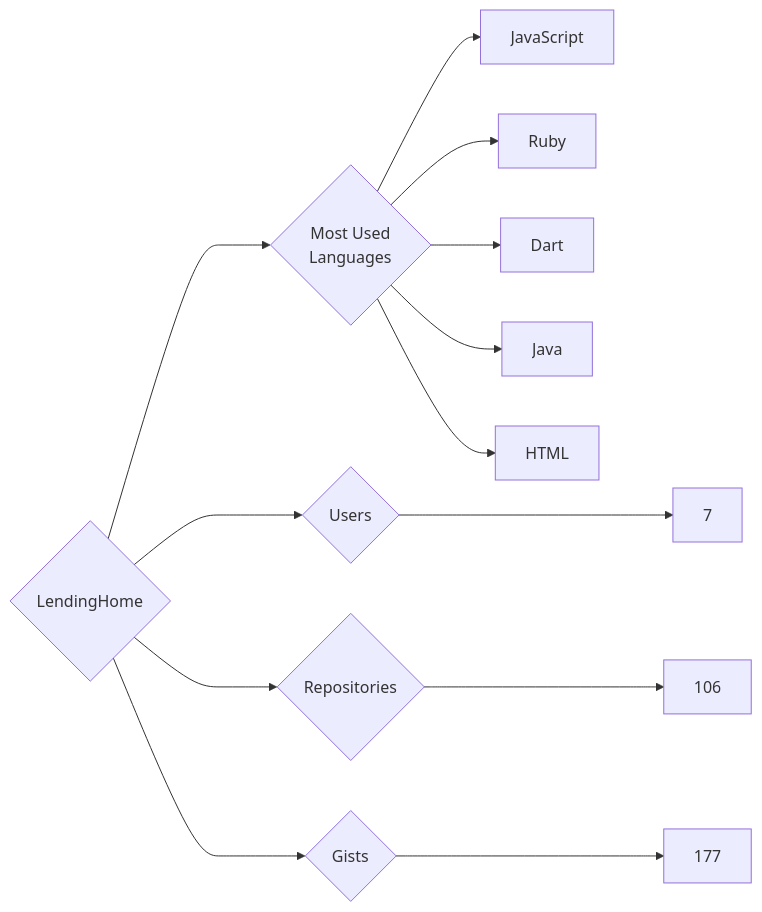
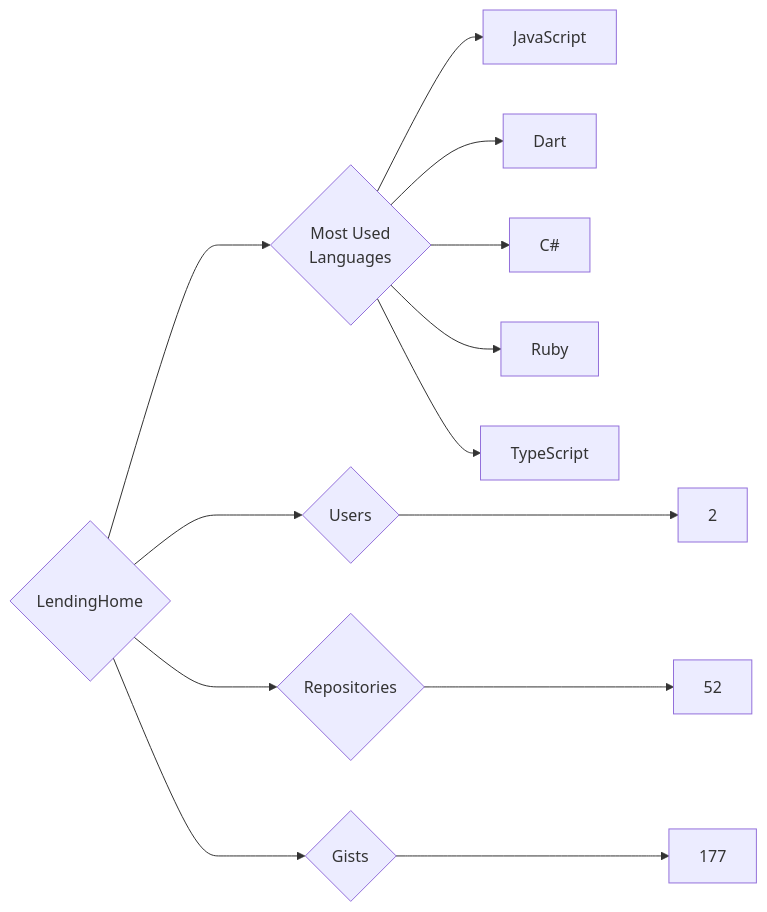
One commit to trickest/insiders changed the diagram in targets/LendingHome/README.md. Above: the diagram before and after it, drawn with Mermaid. The commit also changed 814 other files, not shown here.

````diff
--- a/targets/LendingHome/README.md
+++ b/targets/LendingHome/README.md
@@ -3,13 +3,13 @@
 ```mermaid
 graph LR
 COMPANY_NAME{LendingHome}
-COMPANY_NAME ---> U{Users} ---> UN[7]
-COMPANY_NAME ---> R{Repositories} ---> RN[106]
+COMPANY_NAME ---> U{Users} ---> UN[2]
+COMPANY_NAME ---> R{Repositories} ---> RN[52]
 COMPANY_NAME ---> G{Gists} ---> GN[177]
 COMPANY_NAME ---> ML{Most Used<br>Languages}
 ML --> JavaScript[JavaScript]
+ML --> Dart[Dart]
+ML --> C#[C#]
 ML --> Ruby[Ruby]
-ML --> Dart[Dart]
-ML --> Java[Java]
-ML --> HTML[HTML]
+ML --> TypeScript[TypeScript]
 ```
````
